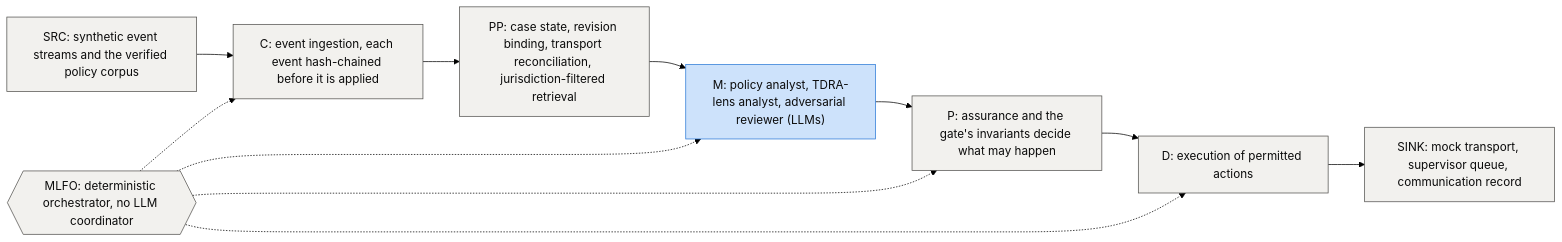
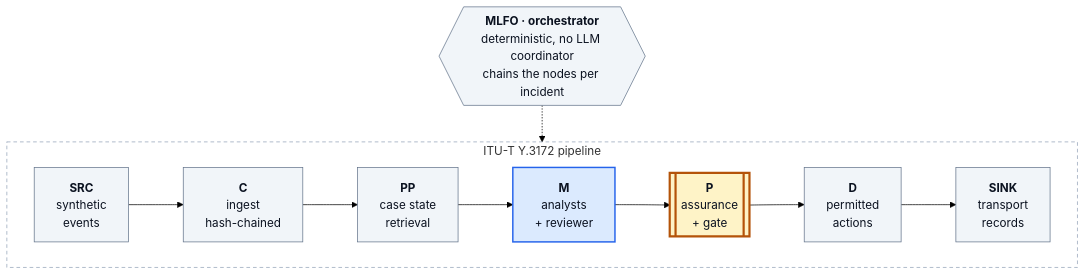
One commit to Shashwat-srivastav/ResultRelay-UAE changed the third of 4 diagrams in README.md. Above: the diagram before and after it, drawn with Mermaid (forest theme). The commit also changed other lines of this file, not shown here.

Commit message:
README: redraw the architecture and Y.3172 diagrams (short labels, grouped zones, side-by-side agents, colour legend)

````diff
--- a/README.md
+++ b/README.md
@@ -247,18 +258,23 @@
 ```mermaid
-flowchart LR
-    SRC["SRC: synthetic event streams and the verified policy corpus"] --> C["C: event ingestion, each event hash-chained before it is applied"]
-    C --> PP["PP: case state, revision binding, transport reconciliation, jurisdiction-filtered retrieval"]
-    PP --> M["M: policy analyst, TDRA-lens analyst, adversarial reviewer (LLMs)"]
-    M --> P["P: assurance and the gate's invariants decide what may happen"]
-    P --> D["D: execution of permitted actions"]
-    D --> SINK["SINK: mock transport, supervisor queue, communication record"]
-    MLFO{{"MLFO: deterministic orchestrator, no LLM coordinator"}}
-    MLFO -.-> C
-    MLFO -.-> M
-    MLFO -.-> P
-    MLFO -.-> D
-    classDef llm fill:#cde2fb,stroke:#2a78d6,color:#0b0b0b
-    classDef code fill:#f2f1ee,stroke:#52514e,color:#0b0b0b
+flowchart TB
+    MLFO{{"<b>MLFO · orchestrator</b><br/>deterministic, no LLM coordinator<br/>chains the nodes per incident"}}
+    subgraph PIPE["ITU-T Y.3172 pipeline"]
+        direction LR
+        SRC["<b>SRC</b><br/>synthetic<br/>events"]
+        C["<b>C</b><br/>ingest<br/>hash-chained"]
+        PP["<b>PP</b><br/>case state<br/>retrieval"]
+        M["<b>M</b><br/>analysts<br/>+ reviewer"]
+        P[["<b>P</b><br/>assurance<br/>+ gate"]]
+        D["<b>D</b><br/>permitted<br/>actions"]
+        SINK["<b>SINK</b><br/>transport<br/>records"]
+        SRC --> C --> PP --> M --> P --> D --> SINK
+    end
+    MLFO -.-> PIPE
+    classDef llm fill:#dbeafe,stroke:#2563eb,stroke-width:2px,color:#0b1220
+    classDef code fill:#f1f5f9,stroke:#64748b,color:#0b1220
+    classDef gate fill:#fef3c7,stroke:#b45309,stroke-width:3px,color:#0b1220
     class M llm
-    class SRC,C,PP,P,D,SINK,MLFO code
+    class SRC,C,PP,D,SINK,MLFO code
+    class P gate
+    style PIPE fill:transparent,stroke:#94a3b8,stroke-dasharray:5 4
 ```
````
